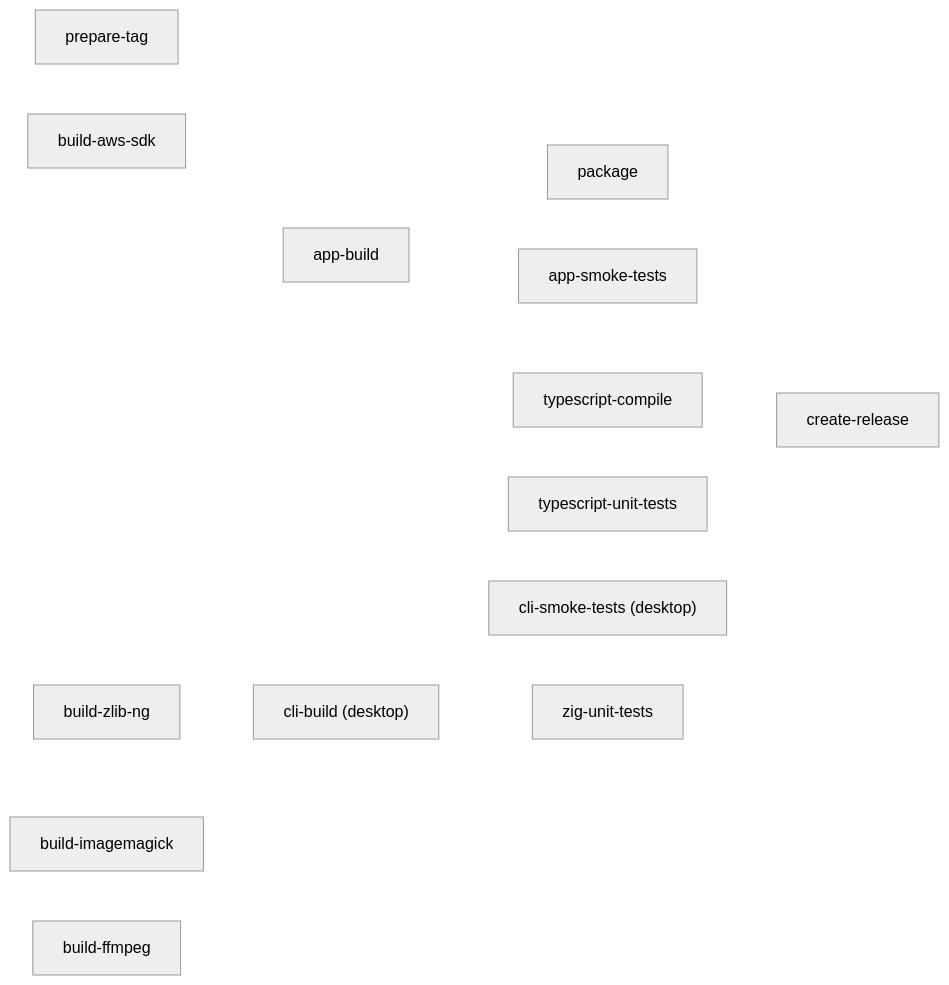
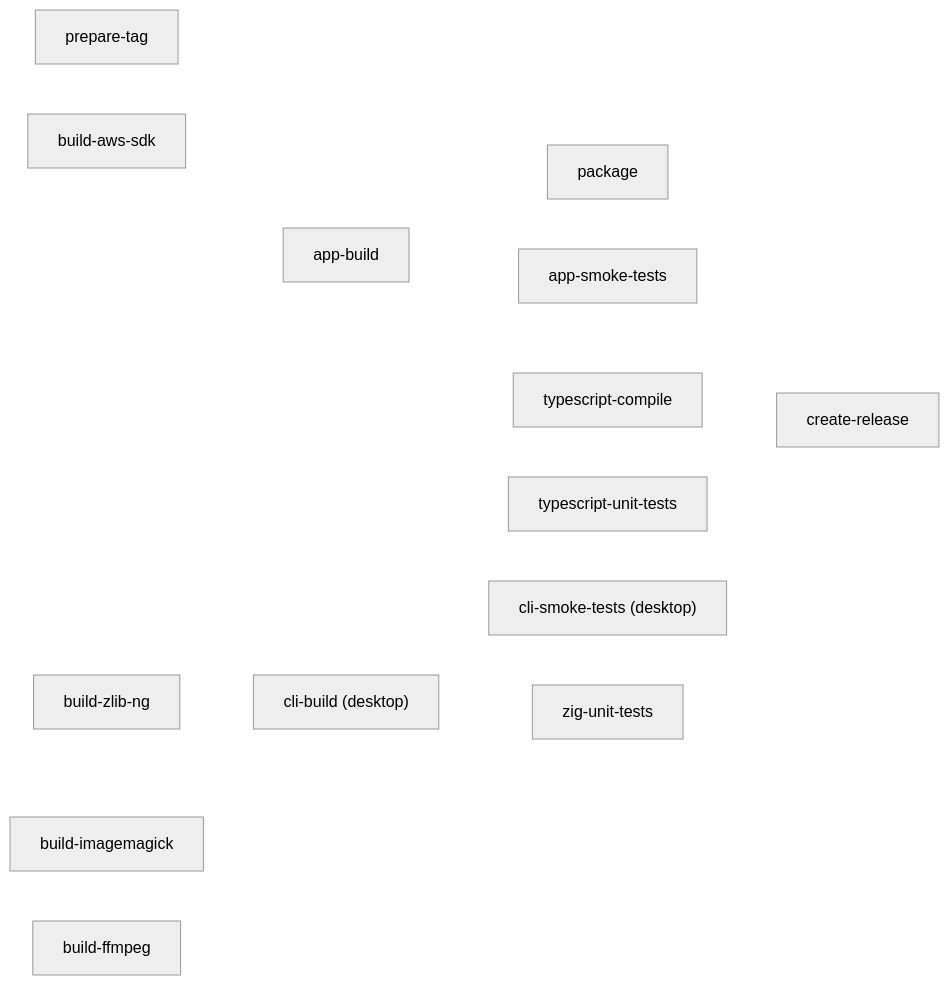
The second of 2 diagrams in docs/workflows.md (ashleydavis/photosphere), drawn with Mermaid (neutral theme) before and after one commit. The commit also changed other lines of this file and 8 other files, not shown here.

````diff
--- a/docs/workflows.md
+++ b/docs/workflows.md
@@ -169,33 +170,34 @@
 ```mermaid
 flowchart LR
     prepare-tag --> app-build
     lib-aws["build-aws-sdk"] --> app-build
     lib-zlib["build-zlib-ng"] --> app-build
     lib-im["build-imagemagick"] --> app-build
     lib-ff["build-ffmpeg"] --> app-build
     prepare-tag --> cli-build["cli-build (desktop)"]
     lib-aws --> cli-build
     lib-zlib --> cli-build
     lib-im --> cli-build
     lib-ff --> cli-build
     cli-build --> cli-smoke-tests["cli-smoke-tests (desktop)"]
     app-build --> app-smoke-tests
+    cli-build --> app-smoke-tests
     lib-aws --> zig-unit-tests
     lib-zlib --> zig-unit-tests
     lib-im --> zig-unit-tests
     lib-ff --> zig-unit-tests
     cli-build --> zig-unit-tests
     app-build --> zig-unit-tests
     prepare-tag --> package
     app-build --> package
     prepare-tag --> create-release
     app-build --> create-release
     cli-build --> create-release
     cli-smoke-tests --> create-release
     app-smoke-tests --> create-release
     package --> create-release
     zig-unit-tests --> create-release
     typescript-compile --> create-release
     typescript-unit-tests --> create-release
     linkStyle default stroke:#ffffff,stroke-width:2px
 ```
````
